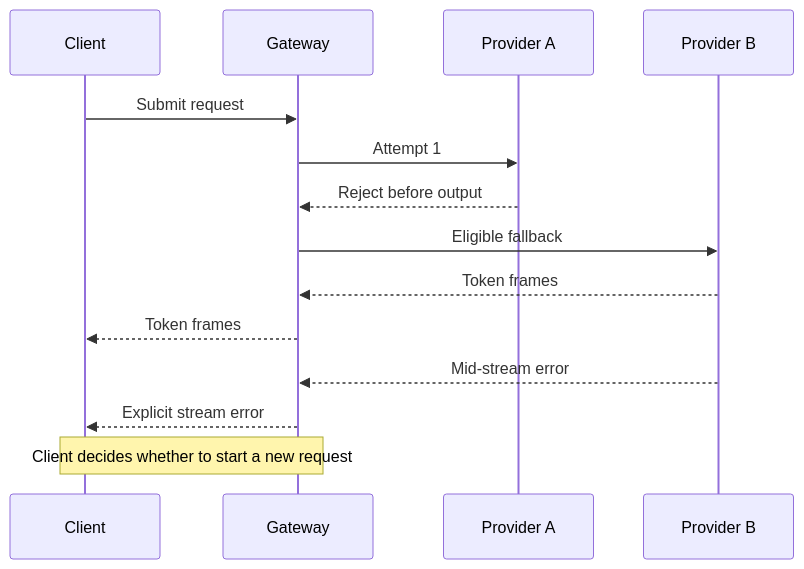
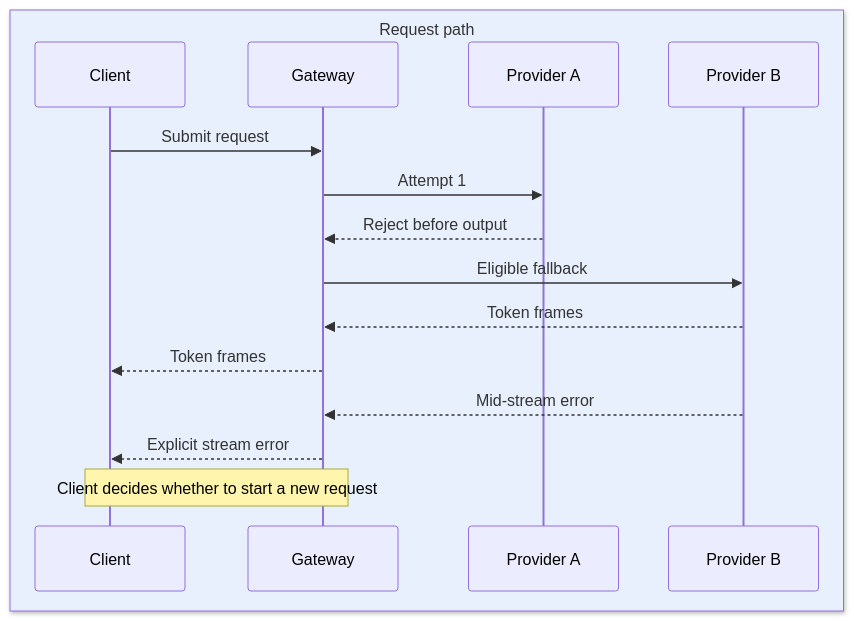
The fourth of 5 diagrams in _designs/system-design-openrouter.md (iliazlobin/iliazlobin.github.io), drawn with Mermaid before and after one commit. The commit also changed other lines of this file and 131 other files, not shown here.

````diff
--- a/_designs/system-design-openrouter.md
+++ b/_designs/system-design-openrouter.md
@@ -235,16 +312,18 @@
 ```mermaid
 sequenceDiagram
-  participant C as Client
-  participant G as Gateway
-  participant A as Provider A
-  participant B as Provider B
+  box rgb(232,240,254) Request path
+    participant C as Client
+    participant G as Gateway
+    participant A as Provider A
+    participant B as Provider B
+  end
   C->>G: Submit request
   G->>A: Attempt 1
   A-->>G: Reject before output
   G->>B: Eligible fallback
   B-->>G: Token frames
   G-->>C: Token frames
   B-->>G: Mid-stream error
   G-->>C: Explicit stream error
   Note over G,C: Client decides whether to start a new request
 ```
````
